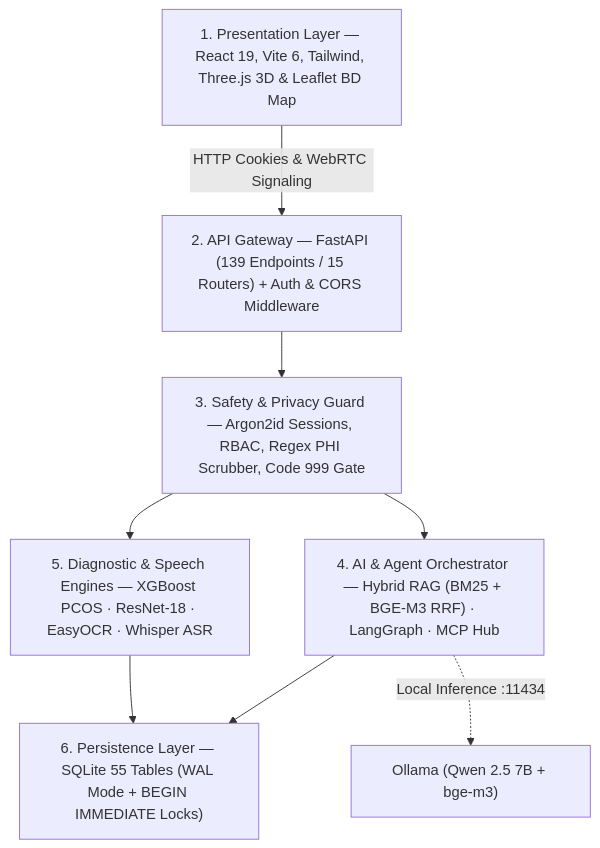
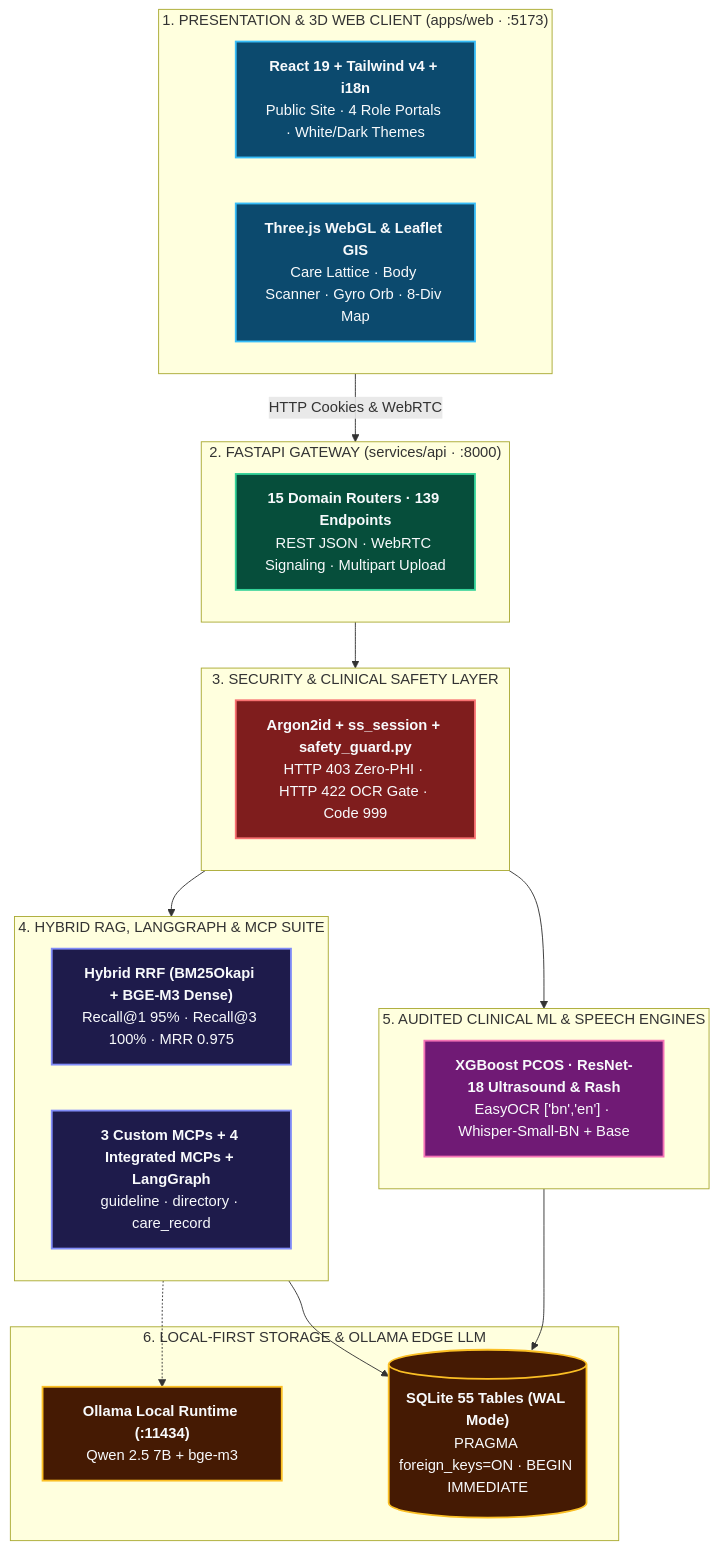
Before and after one commit to ashik123-a1/ShasthoSetu-AI: the first of 5 diagrams in README.md, drawn with Mermaid. The commit also changed other lines of this file and 599 other files, not shown here.

Commit message:
docs(showcase): custom SVG banner, 9 fresh verified UI screenshots, full-color Mermaid architecture, clean root/docs/research restructure & faculty-ready A-Z README

````diff
--- a/README.md
+++ b/README.md
@@ -140,15 +228,42 @@
 ```mermaid
-flowchart TD
-    UI["1. Presentation Layer — React 19, Vite 6, Tailwind, Three.js 3D & Leaflet BD Map"]
-    API["2. API Gateway — FastAPI (139 Endpoints / 15 Routers) + Auth & CORS Middleware"]
-    SEC["3. Safety & Privacy Guard — Argon2id Sessions, RBAC, Regex PHI Scrubber, Code 999 Gate"]
-    ORCH["4. AI & Agent Orchestrator — Hybrid RAG (BM25 + BGE-M3 RRF) · LangGraph · MCP Hub"]
-    ML["5. Diagnostic & Speech Engines — XGBoost PCOS · ResNet-18 · EasyOCR · Whisper ASR"]
-    DB["6. Persistence Layer — SQLite 55 Tables (WAL Mode + BEGIN IMMEDIATE Locks)"]
+graph TB
+    classDef uiLayer fill:#0c4a6e,stroke:#38bdf8,stroke-width:2px,color:#f8fafc;
+    classDef apiLayer fill:#064e3b,stroke:#34d399,stroke-width:2px,color:#f8fafc;
+    classDef secLayer fill:#7f1d1d,stroke:#f87171,stroke-width:2px,color:#f8fafc;
+    classDef aiLayer fill:#1e1b4b,stroke:#818cf8,stroke-width:2px,color:#f8fafc;
+    classDef mlLayer fill:#701a75,stroke:#f472b6,stroke-width:2px,color:#f8fafc;
+    classDef dbLayer fill:#451a03,stroke:#fbbf24,stroke-width:2px,color:#f8fafc;
 
-    UI -->|"HTTP Cookies & WebRTC Signaling"| API
-    API --> SEC
-    SEC --> ORCH & ML
-    ORCH & ML --> DB
-    ORCH -.->|"Local Inference :11434"| OLL["Ollama (Qwen 2.5 7B + bge-m3)"]
+    subgraph L1["1. PRESENTATION &amp; 3D WEB CLIENT (apps/web · :5173)"]
+        UI["<b>React 19 + Tailwind v4 + i18n</b><br/>Public Site · 4 Role Portals · White/Dark Themes"]:::uiLayer
+        THREE["<b>Three.js WebGL &amp; Leaflet GIS</b><br/>Care Lattice · Body Scanner · Gyro Orb · 8-Div Map"]:::uiLayer
+    end
+
+    subgraph L2["2. FASTAPI GATEWAY (services/api · :8000)"]
+        GW["<b>15 Domain Routers · 139 Endpoints</b><br/>REST JSON · WebRTC Signaling · Multipart Upload"]:::apiLayer
+    end
+
+    subgraph L3["3. SECURITY &amp; CLINICAL SAFETY LAYER"]
+        SEC["<b>Argon2id + ss_session + safety_guard.py</b><br/>HTTP 403 Zero-PHI · HTTP 422 OCR Gate · Code 999"]:::secLayer
+    end
+
+    subgraph L4["4. HYBRID RAG, LANGGRAPH &amp; MCP SUITE"]
+        RAG["<b>Hybrid RRF (BM25Okapi + BGE-M3 Dense)</b><br/>Recall@1 95% · Recall@3 100% · MRR 0.975"]:::aiLayer
+        MCP["<b>3 Custom MCPs + 4 Integrated MCPs + LangGraph</b><br/>guideline · directory · care_record"]:::aiLayer
+    end
+
+    subgraph L5["5. AUDITED CLINICAL ML &amp; SPEECH ENGINES"]
+        ML["<b>XGBoost PCOS · ResNet-18 Ultrasound &amp; Rash</b><br/>EasyOCR ['bn','en'] · Whisper-Small-BN + Base"]:::mlLayer
+    end
+
+    subgraph L6["6. LOCAL-FIRST STORAGE &amp; OLLAMA EDGE LLM"]
+        DB[("<b>SQLite 55 Tables (WAL Mode)</b><br/>PRAGMA foreign_keys=ON · BEGIN IMMEDIATE")]:::dbLayer
+        OLL["<b>Ollama Local Runtime (:11434)</b><br/>Qwen 2.5 7B + bge-m3"]:::dbLayer
+    end
+
+    L1 -->|"HTTP Cookies &amp; WebRTC"| L2
+    L2 --> L3
+    L3 --> L4 & L5
+    L4 -.-> OLL
+    L4 & L5 --> DB
 ```
````
